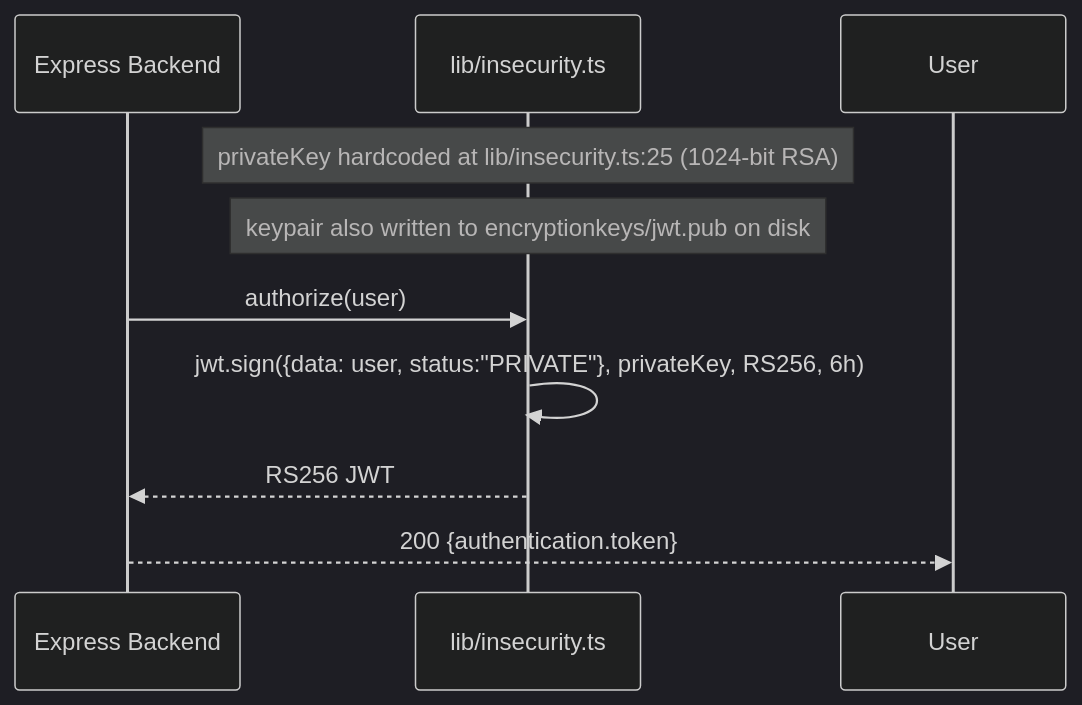
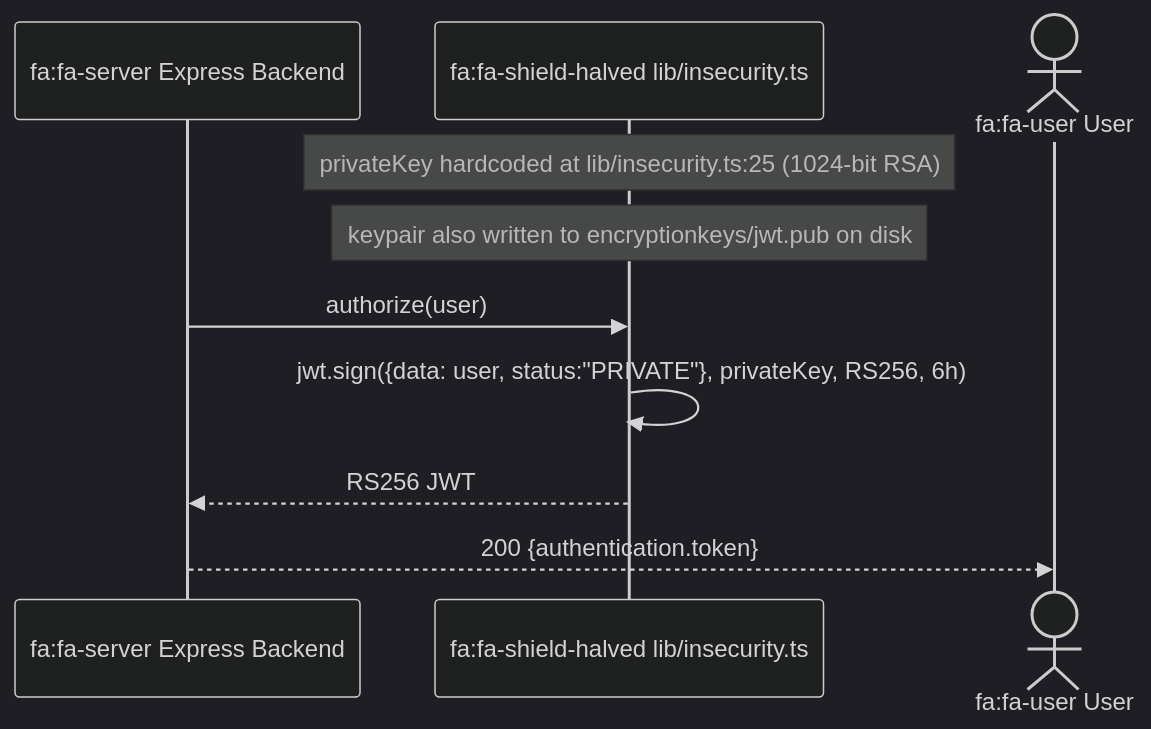
Before and after one commit to appsec-foundry/appsec-advisor: diagram 16 of 18 in examples/threat-modeler/threat-mode-juice-shop-standard.md, drawn with Mermaid (dark theme). The commit also changed other lines of this file and 9 other files, not shown here.

Commit message:
mermaid diagrams improved

````diff
--- a/examples/threat-modeler/threat-mode-juice-shop-standard.md
+++ b/examples/threat-modeler/threat-mode-juice-shop-standard.md
@@ -1167,13 +990,13 @@
 ```mermaid
 sequenceDiagram
-    participant API as Express Backend
-    participant INSEC as lib/insecurity.ts
-    participant U as User
+    participant API as fa:fa-server Express Backend
+    participant INSEC as fa:fa-shield-halved lib/insecurity.ts
+    actor U as fa:fa-user User
 
     Note over INSEC: privateKey hardcoded at lib/insecurity.ts:25 (1024-bit RSA)
     Note over INSEC: keypair also written to encryptionkeys/jwt.pub on disk
     API->>INSEC: authorize(user)
     INSEC->>INSEC: jwt.sign({data: user, status:"PRIVATE"}, privateKey, RS256, 6h)
     INSEC-->>API: RS256 JWT
     API-->>U: 200 {authentication.token}
 ```
````
